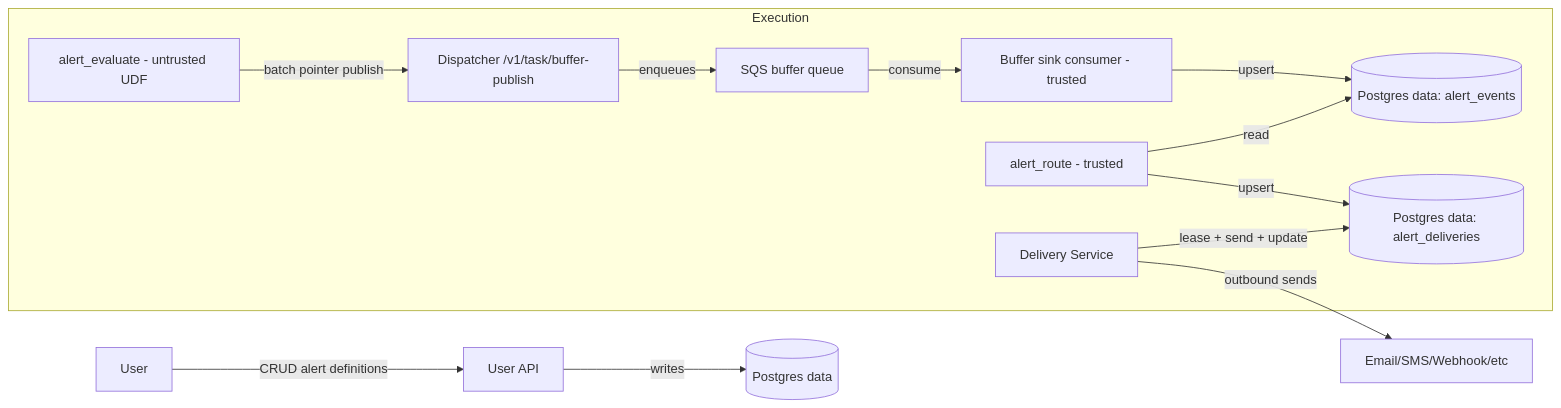
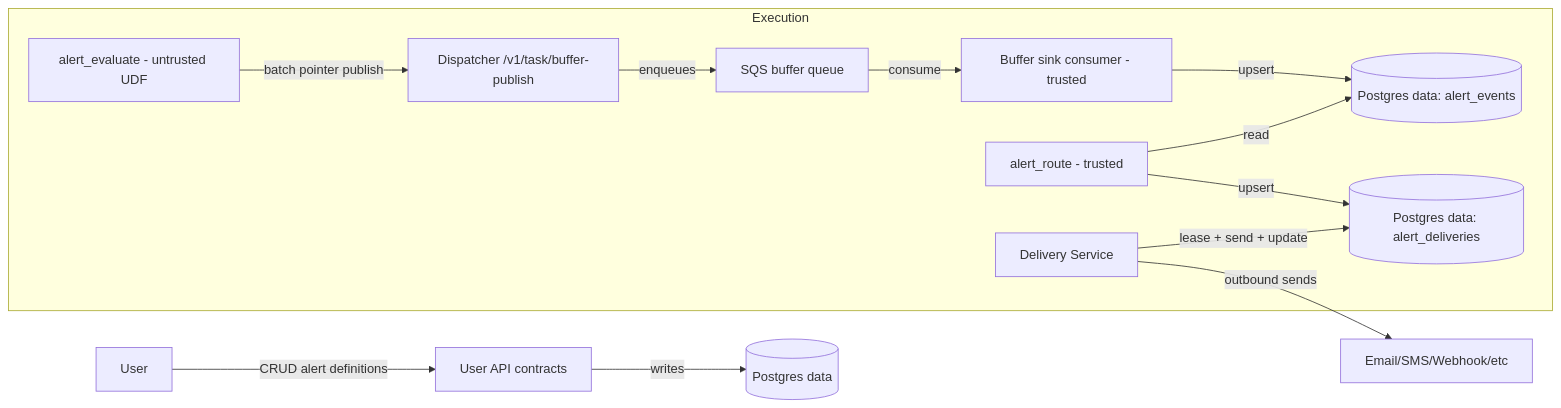
One commit to c7121/trace changed the diagram in docs/specs/alerting.md. Above: the diagram before and after it, drawn with Mermaid. The commit also changed other lines of this file and 8 other files, not shown here.

Commit message:
docs(architecture): align v1 lambda UDF flow and centralize user API contracts

````diff
--- a/docs/specs/alerting.md
+++ b/docs/specs/alerting.md
@@ -44,18 +44,18 @@
 ```mermaid
 flowchart LR
-  U[User] -->|CRUD alert definitions| API[User API]
+  U[User] -->|CRUD alert definitions| API[User API contracts]
   API -->|writes| PD[(Postgres data)]
 
   subgraph Exec[Execution]
     EVAL["alert_evaluate - untrusted UDF"] -->|batch pointer publish| DISP["Dispatcher /v1/task/buffer-publish"]
     DISP -->|enqueues| Q[SQS buffer queue]
     Q -->|consume| SINK["Buffer sink consumer - trusted"]
     SINK -->|upsert| AE[(Postgres data: alert_events)]
 
     ROUTE["alert_route - trusted"] -->|read| AE
     ROUTE -->|upsert| AD[(Postgres data: alert_deliveries)]
     DELIV[Delivery Service] -->|lease + send + update| AD
   end
 
   DELIV -->|outbound sends| EXT[Email/SMS/Webhook/etc]
 ```
````
